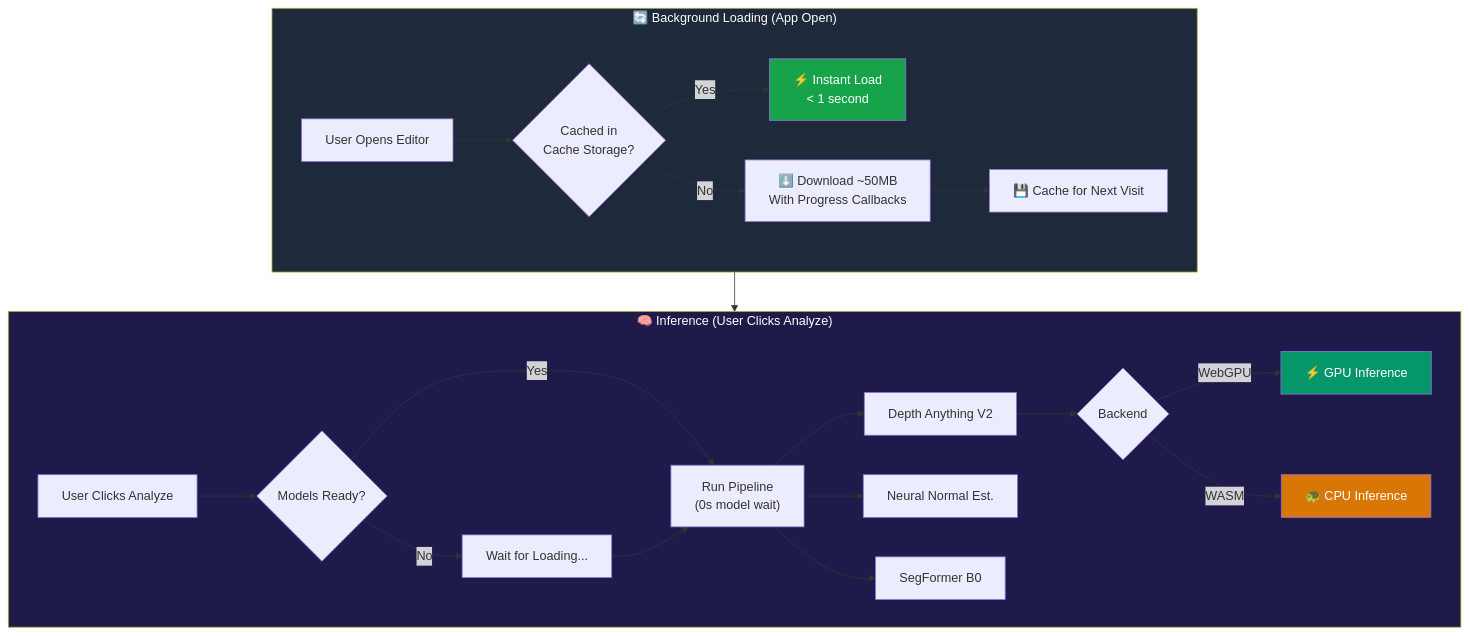
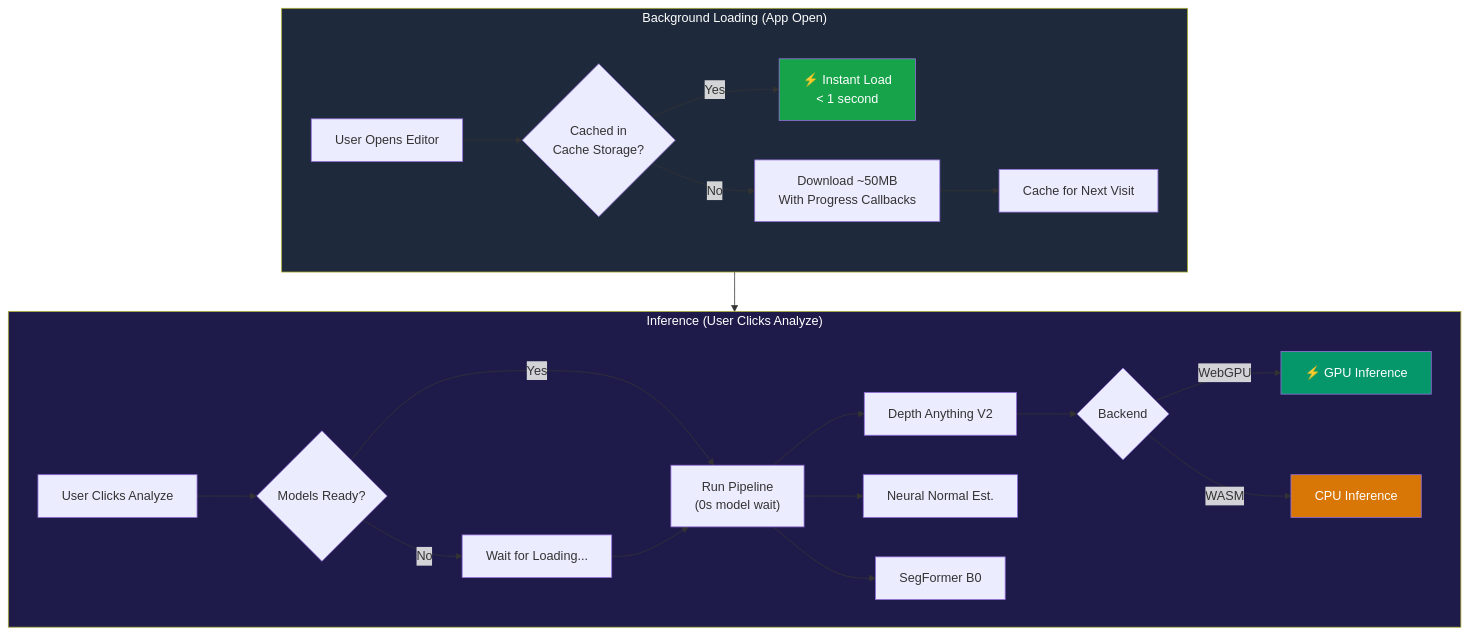
Before and after one commit to kunal0230/Orlume: the fifth of 5 diagrams in docs/HOW_IT_WORKS.md, drawn with Mermaid. The commit also changed other lines of this file, not shown here.

````diff
--- a/docs/HOW_IT_WORKS.md
+++ b/docs/HOW_IT_WORKS.md
@@ -221,32 +221,32 @@
 ```mermaid
 flowchart TD
-    subgraph Background["🔄 Background Loading (App Open)"]
+    subgraph Background[" Background Loading (App Open)"]
         OPEN["User Opens Editor"] --> CACHE{"Cached in\nCache Storage?"}
         CACHE -->|Yes| INSTANT["⚡ Instant Load\n< 1 second"]
-        CACHE -->|No| DOWNLOAD["⬇️ Download ~50MB\nWith Progress Callbacks"]
-        DOWNLOAD --> STORE["💾 Cache for Next Visit"]
+        CACHE -->|No| DOWNLOAD[" Download ~50MB\nWith Progress Callbacks"]
+        DOWNLOAD --> STORE[" Cache for Next Visit"]
     end
 
-    subgraph Inference["🧠 Inference (User Clicks Analyze)"]
+    subgraph Inference[" Inference (User Clicks Analyze)"]
         ANALYZE["User Clicks Analyze"] --> READY{"Models Ready?"}
         READY -->|Yes| RUN["Run Pipeline\n(0s model wait)"]
         READY -->|No| WAIT["Wait for Loading..."]
         WAIT --> RUN
 
         RUN --> DEPTH_M["Depth Anything V2"]
         RUN --> NORMAL_M["Neural Normal Est."]
         RUN --> SEG_M["SegFormer B0"]
 
         DEPTH_M --> BACKEND{"Backend"}
         BACKEND -->|"WebGPU"| GPU_INF["⚡ GPU Inference"]
-        BACKEND -->|"WASM"| CPU_INF["🐢 CPU Inference"]
+        BACKEND -->|"WASM"| CPU_INF[" CPU Inference"]
     end
 
     Background --> Inference
 
     style Background fill:#1E293B,color:#fff
     style Inference fill:#1E1B4B,color:#fff
     style INSTANT fill:#16A34A,color:#fff
     style GPU_INF fill:#059669,color:#fff
     style CPU_INF fill:#D97706,color:#fff
 ```
````
